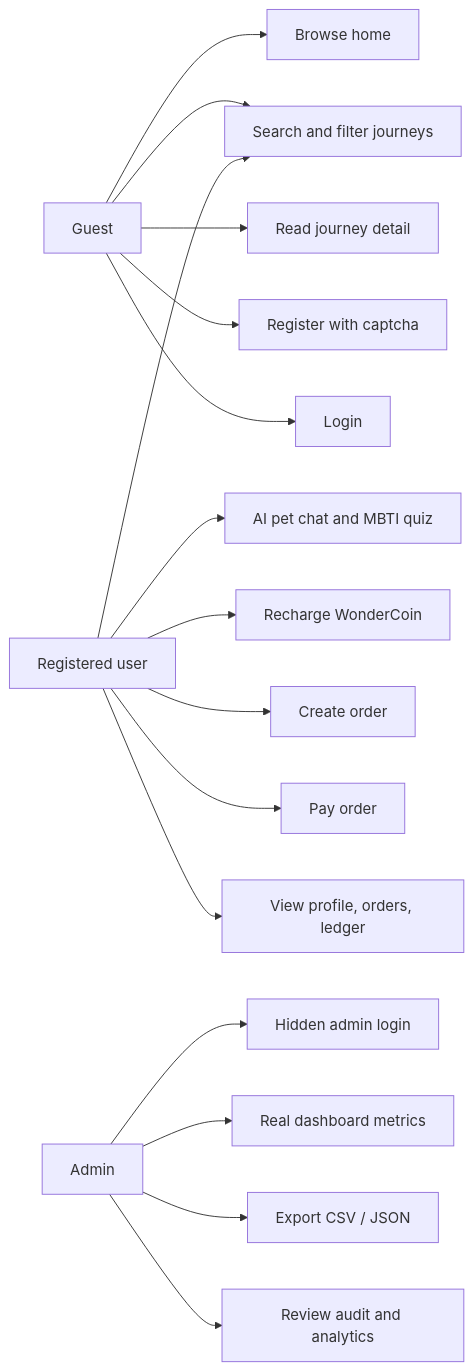
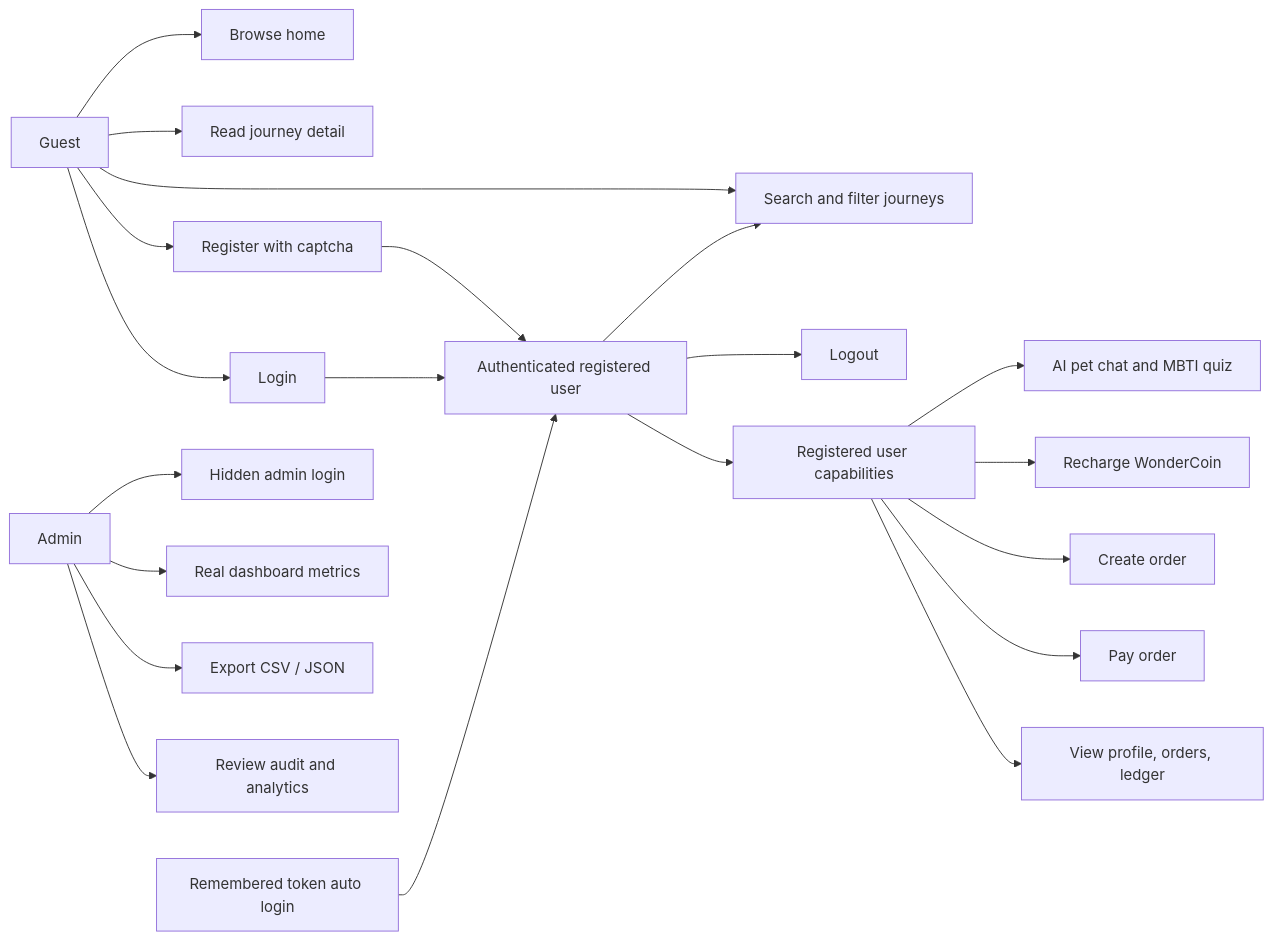
Before and after one commit to LibertychaserUS/100-journeys: the third of 5 diagrams in README.md, drawn with Mermaid. The commit also changed other lines of this file and 55 other files, not shown here.

````diff
--- a/README.md
+++ b/README.md
@@ -122,20 +131,26 @@
 ```mermaid
 flowchart LR
     guest["Guest"] --> browse["Browse home"]
     guest --> explore["Search and filter journeys"]
     guest --> detail["Read journey detail"]
     guest --> register["Register with captcha"]
     guest --> login["Login"]
 
-    user["Registered user"] --> explore
+    register --> authed["Authenticated registered user"]
+    login --> authed
+    cookie["Remembered token auto login"] --> authed
+
+    authed --> explore
+    authed --> logout["Logout"]
+    authed --> user["Registered user capabilities"]
     user --> pet["AI pet chat and MBTI quiz"]
     user --> recharge["Recharge WonderCoin"]
     user --> order["Create order"]
     user --> pay["Pay order"]
     user --> profile["View profile, orders, ledger"]
 
     admin["Admin"] --> adminLogin["Hidden admin login"]
     admin --> dashboard["Real dashboard metrics"]
     admin --> export["Export CSV / JSON"]
     admin --> audit["Review audit and analytics"]
 ```
````
